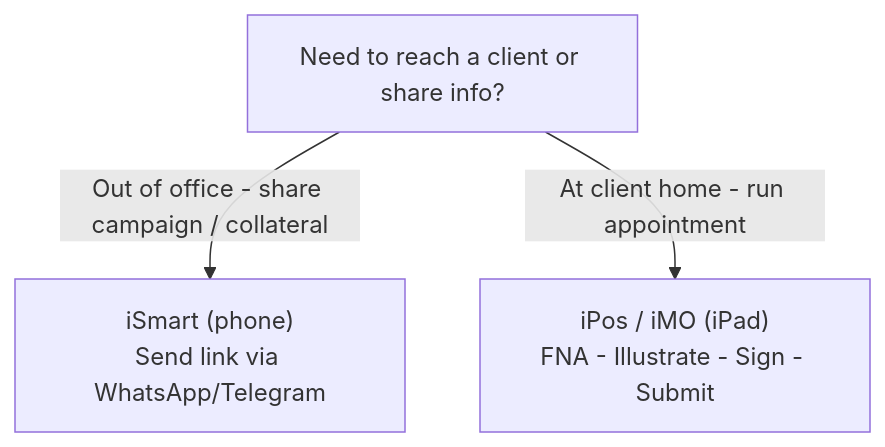
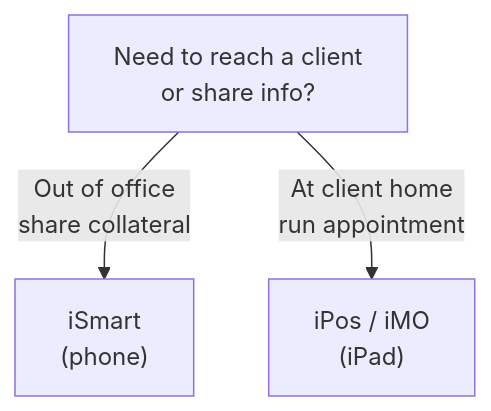
The second of 2 diagrams in docs/first-60-days/week-2/day-07.md (leotansingapore/aia-product-compass-hub), drawn with Mermaid before and after one commit. The commit also changed other lines of this file and 3 other files, not shown here.

Commit message:
Mermaid charts now render at calmer proportions, with the worst Day 1, 2, and 7 charts trimmed to short labels

````diff
--- a/docs/first-60-days/week-2/day-07.md
+++ b/docs/first-60-days/week-2/day-07.md
@@ -83,6 +88,6 @@
 ```mermaid
 flowchart TD
-    Q["Need to reach a client or share info?"]
-    Q -->|"Out of office - share campaign / collateral"| IS["iSmart (phone)<br/>Send link via WhatsApp/Telegram"]
-    Q -->|"At client home - run appointment"| IP["iPos / iMO (iPad)<br/>FNA - Illustrate - Sign - Submit"]
+    Q["Need to reach a client<br/>or share info?"]
+    Q -->|"Out of office<br/>share collateral"| IS["iSmart<br/>(phone)"]
+    Q -->|"At client home<br/>run appointment"| IP["iPos / iMO<br/>(iPad)"]
 ```
````
